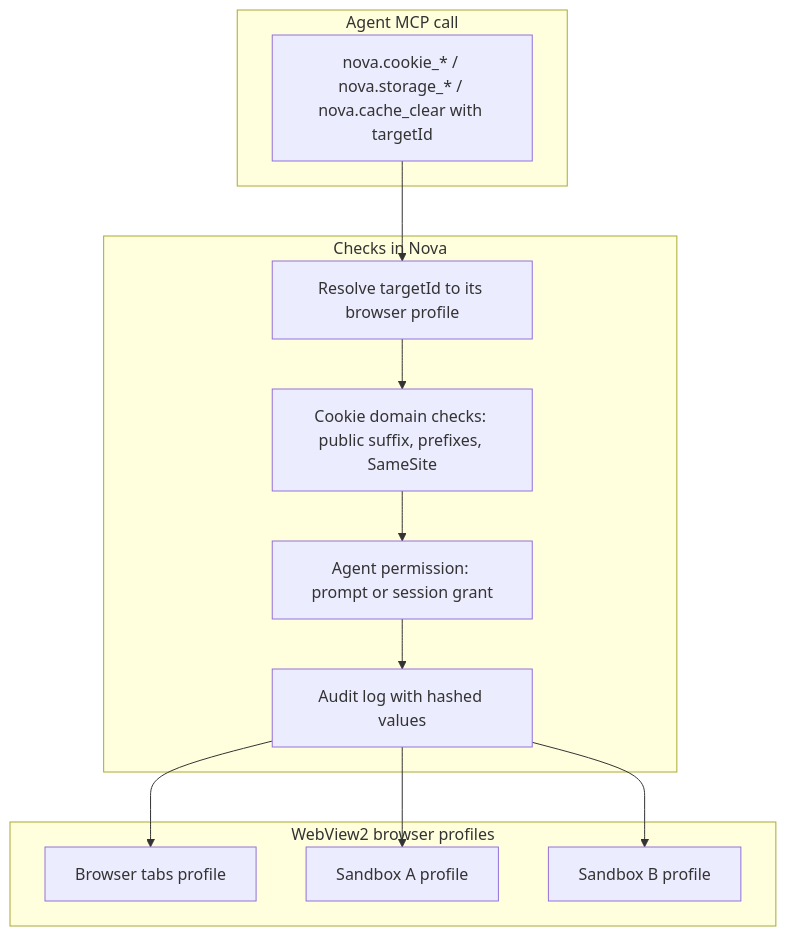
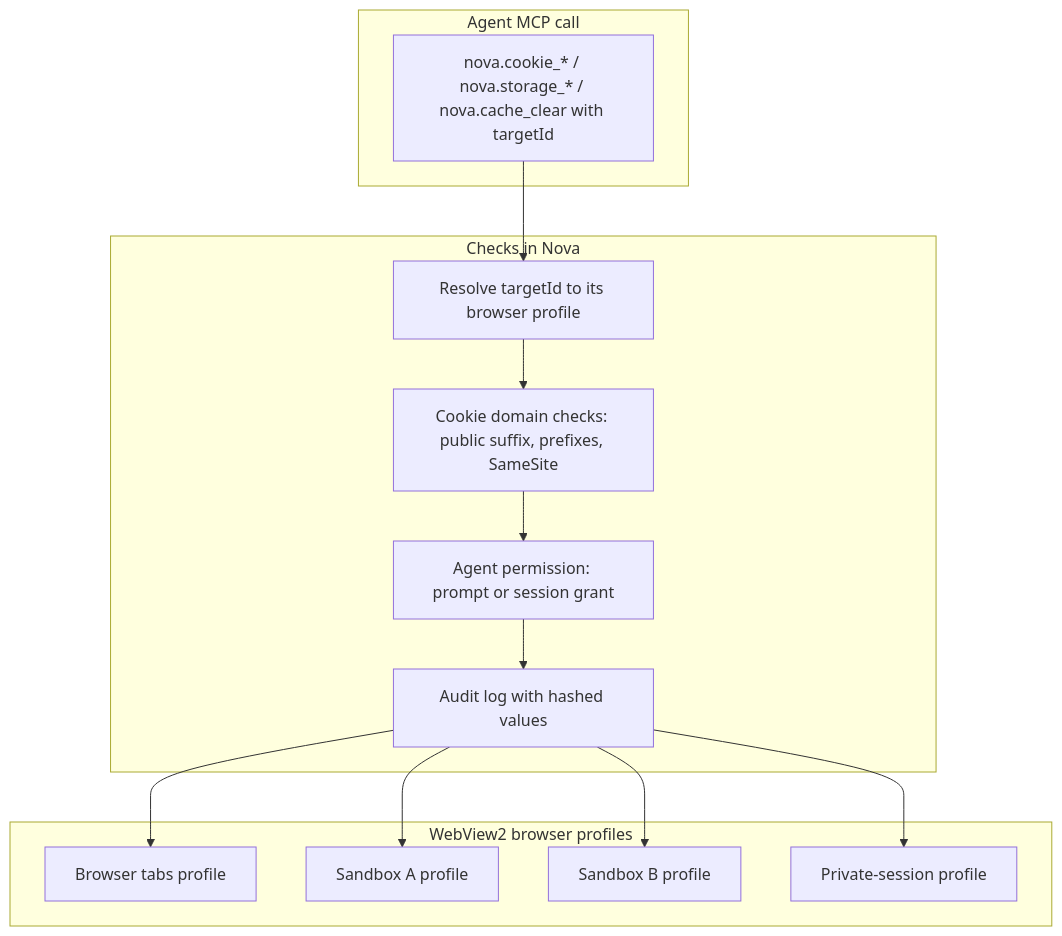
Before and after one commit to joelaniol/nova: the diagram in docs/core-features/site-data-management.md, drawn with Mermaid. The commit also changed other lines of this file and 5 other files, not shown here.

````diff
--- a/docs/core-features/site-data-management.md
+++ b/docs/core-features/site-data-management.md
@@ -21,27 +40,29 @@
 ```mermaid
 flowchart TD
     subgraph AgentCall["Agent MCP call"]
         Tool["nova.cookie_* / nova.storage_* / nova.cache_clear with targetId"]
     end
 
     subgraph SecurityLayer["Checks in Nova"]
         Scope["Resolve targetId to its browser profile"]
         Validator["Cookie domain checks: public suffix, prefixes, SameSite"]
         Gate["Agent permission: prompt or session grant"]
         Audit["Audit log with hashed values"]
     end
 
     subgraph Profiles["WebView2 browser profiles"]
         ManagerTabs["Browser tabs profile"]
         ManagerA["Sandbox A profile"]
         ManagerB["Sandbox B profile"]
+        ManagerPrivate["Private-session profile"]
     end
 
     Tool --> Scope
     Scope --> Validator
     Validator --> Gate
     Gate --> Audit
     Audit --> ManagerTabs
     Audit --> ManagerA
     Audit --> ManagerB
+    Audit --> ManagerPrivate
 ```
````
